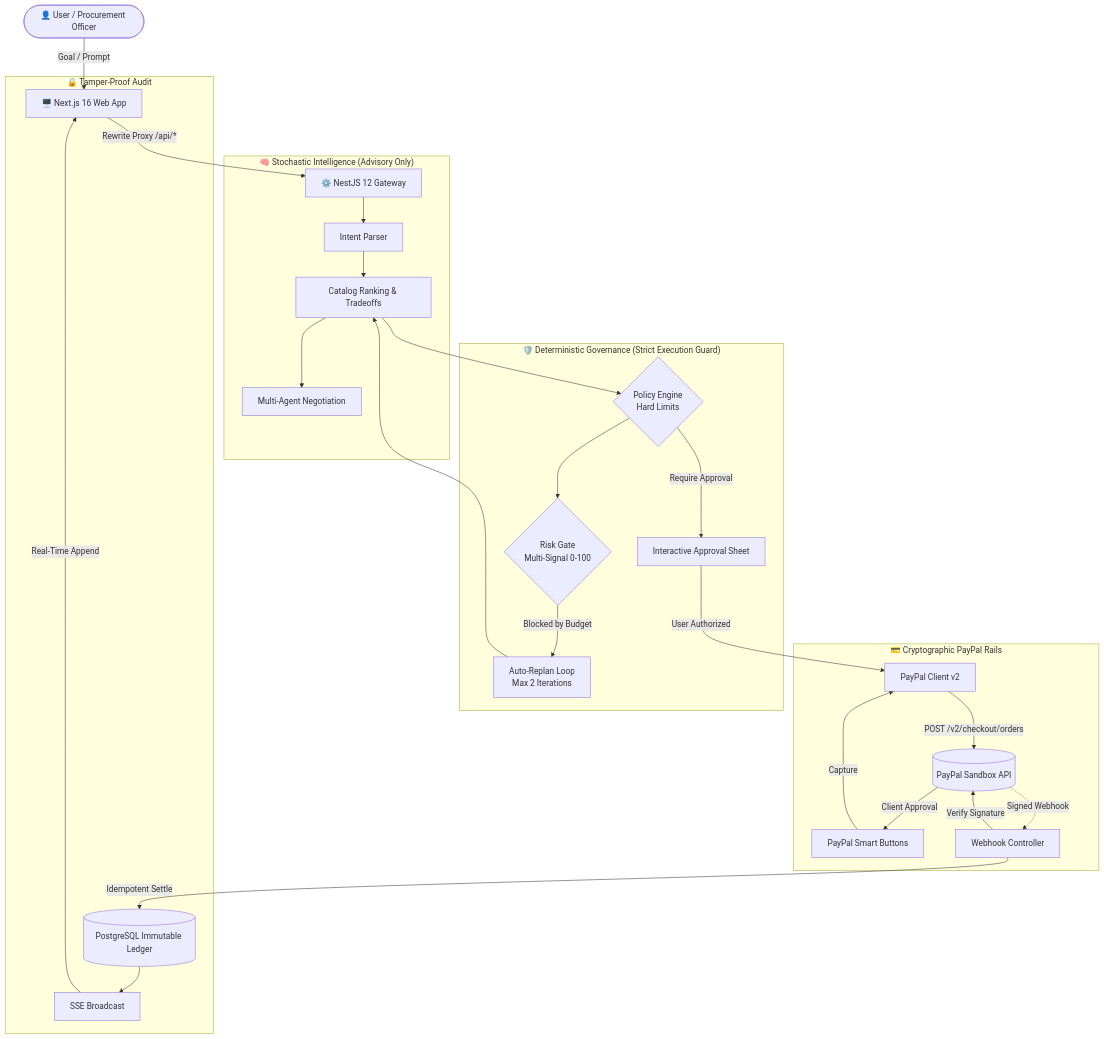
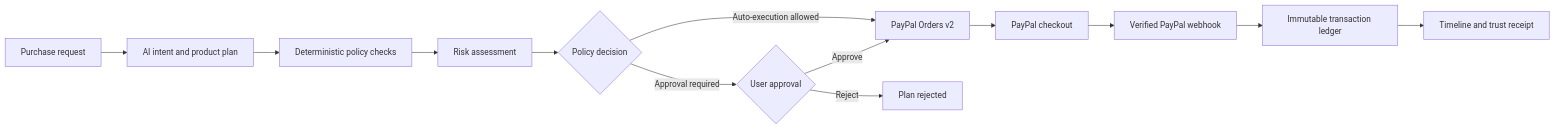
Before and after one commit to REHAN-503/PayPilot: the diagram in README.md, drawn with Mermaid. The commit also changed other lines of this file and 1 other file, not shown here.

Commit message:
fix: update PayPal API base URL to use sandbox environment and correct WEB_ORIGIN value

````diff
--- a/README.md
+++ b/README.md
@@ -50,34 +33,15 @@
 ```mermaid
-flowchart TD
-    User([👤 User / Procurement Officer]) -->|Goal / Prompt| Web[🖥️ Next.js 16 Web App]
-    Web -->|Rewrite Proxy /api/*| API[⚙️ NestJS 12 Gateway]
-    
-    subgraph Intelligence ["🧠 Stochastic Intelligence (Advisory Only)"]
-        API --> IntentParser[Intent Parser]
-        IntentParser --> CatalogEngine[Catalog Ranking & Tradeoffs]
-        CatalogEngine --> Negotiation[Multi-Agent Negotiation]
-    end
-
-    subgraph Governance ["🛡️ Deterministic Governance (Strict Execution Guard)"]
-        CatalogEngine --> PolicyEngine{Policy Engine\nHard Limits}
-        PolicyEngine --> RiskGate{Risk Gate\nMulti-Signal 0-100}
-        RiskGate -- "Blocked by Budget" --> Replan[Auto-Replan Loop\nMax 2 Iterations]
-        Replan --> CatalogEngine
-        PolicyEngine -- "Require Approval" --> ApprovalSheet[Interactive Approval Sheet]
-    end
-
-    subgraph Payments ["💳 Cryptographic PayPal Rails"]
-        ApprovalSheet -->|User Authorized| PayClient[PayPal Client v2]
-        PayClient -->|POST /v2/checkout/orders| PayPalSandbox[(PayPal Sandbox API)]
-        PayPalSandbox -->|Client Approval| SmartButtons[PayPal Smart Buttons]
-        SmartButtons -->|Capture| PayClient
-        PayPalSandbox -.->|Signed Webhook| WebhookReceiver[Webhook Controller]
-        WebhookReceiver -->|Verify Signature| PayPalSandbox
-    end
-
-    subgraph Ledger ["🔒 Tamper-Proof Audit"]
-        WebhookReceiver -->|Idempotent Settle| TxLedger[(PostgreSQL Immutable Ledger)]
-        TxLedger --> SSE[SSE Broadcast]
-        SSE -->|Real-Time Append| Web
-    end
+flowchart LR
+    A[Purchase request] --> B[AI intent and product plan]
+    B --> C[Deterministic policy checks]
+    C --> D[Risk assessment]
+    D --> E{Policy decision}
+    E -->|Approval required| F{User approval}
+    E -->|Auto-execution allowed| H[PayPal Orders v2]
+    F -->|Approve| H
+    F -->|Reject| G[Plan rejected]
+    H --> I[PayPal checkout]
+    I --> J[Verified PayPal webhook]
+    J --> K[Immutable transaction ledger]
+    K --> L[Timeline and trust receipt]
 ```
````
